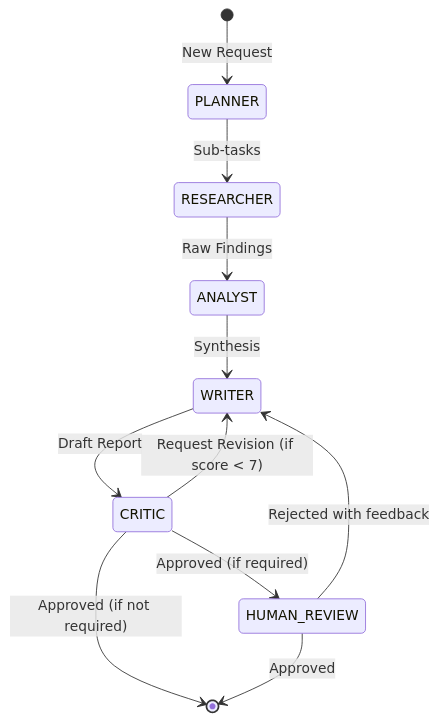
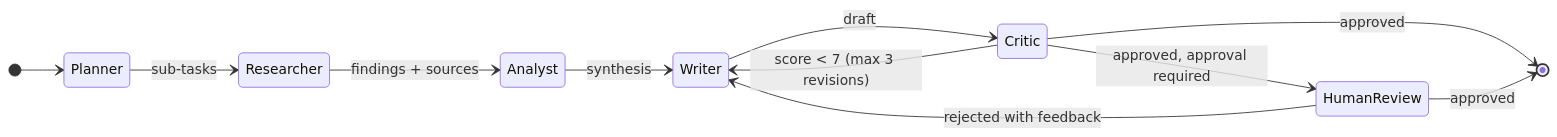
One commit to Anikate001/Multi-Agent-System-Architechture changed the second of 2 diagrams in README.md. Above: the diagram before and after it, drawn with Mermaid. The commit also changed other lines of this file and 22 other files, not shown here.

````diff
--- a/README.md
+++ b/README.md
@@ -54,15 +50,14 @@
 ```mermaid
 stateDiagram-v2
-    [*] --> PLANNER: New Request
-    PLANNER --> RESEARCHER: Sub-tasks
-    RESEARCHER --> ANALYST: Raw Findings
-    ANALYST --> WRITER: Synthesis
-    WRITER --> CRITIC: Draft Report
-    
-    CRITIC --> WRITER: Request Revision (if score < 7)
-    CRITIC --> HUMAN_REVIEW: Approved (if required)
-    CRITIC --> [*]: Approved (if not required)
-    
-    HUMAN_REVIEW --> WRITER: Rejected with feedback
-    HUMAN_REVIEW --> [*]: Approved
+    direction LR
+    [*] --> Planner
+    Planner --> Researcher: sub-tasks
+    Researcher --> Analyst: findings + sources
+    Analyst --> Writer: synthesis
+    Writer --> Critic: draft
+    Critic --> Writer: score < 7 (max 3 revisions)
+    Critic --> HumanReview: approved, approval required
+    Critic --> [*]: approved
+    HumanReview --> Writer: rejected with feedback
+    HumanReview --> [*]: approved
 ```
````
